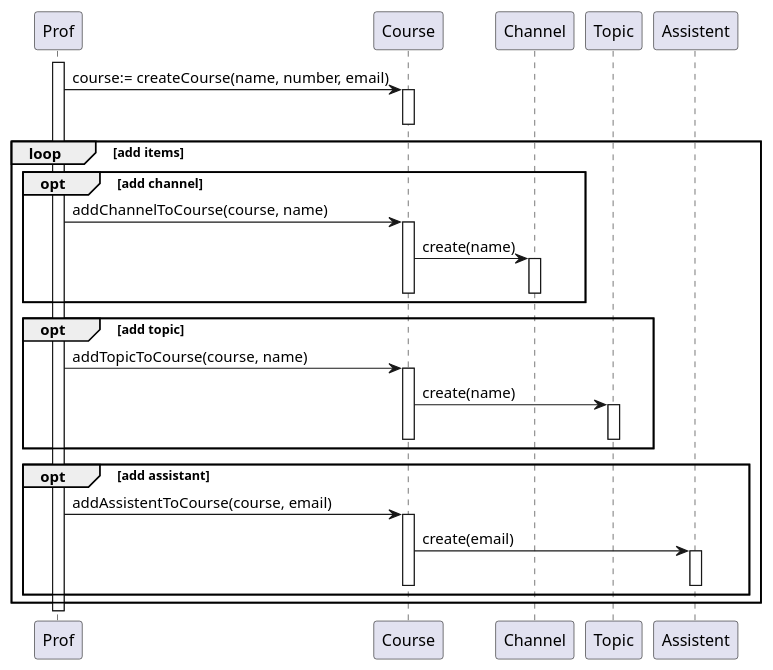
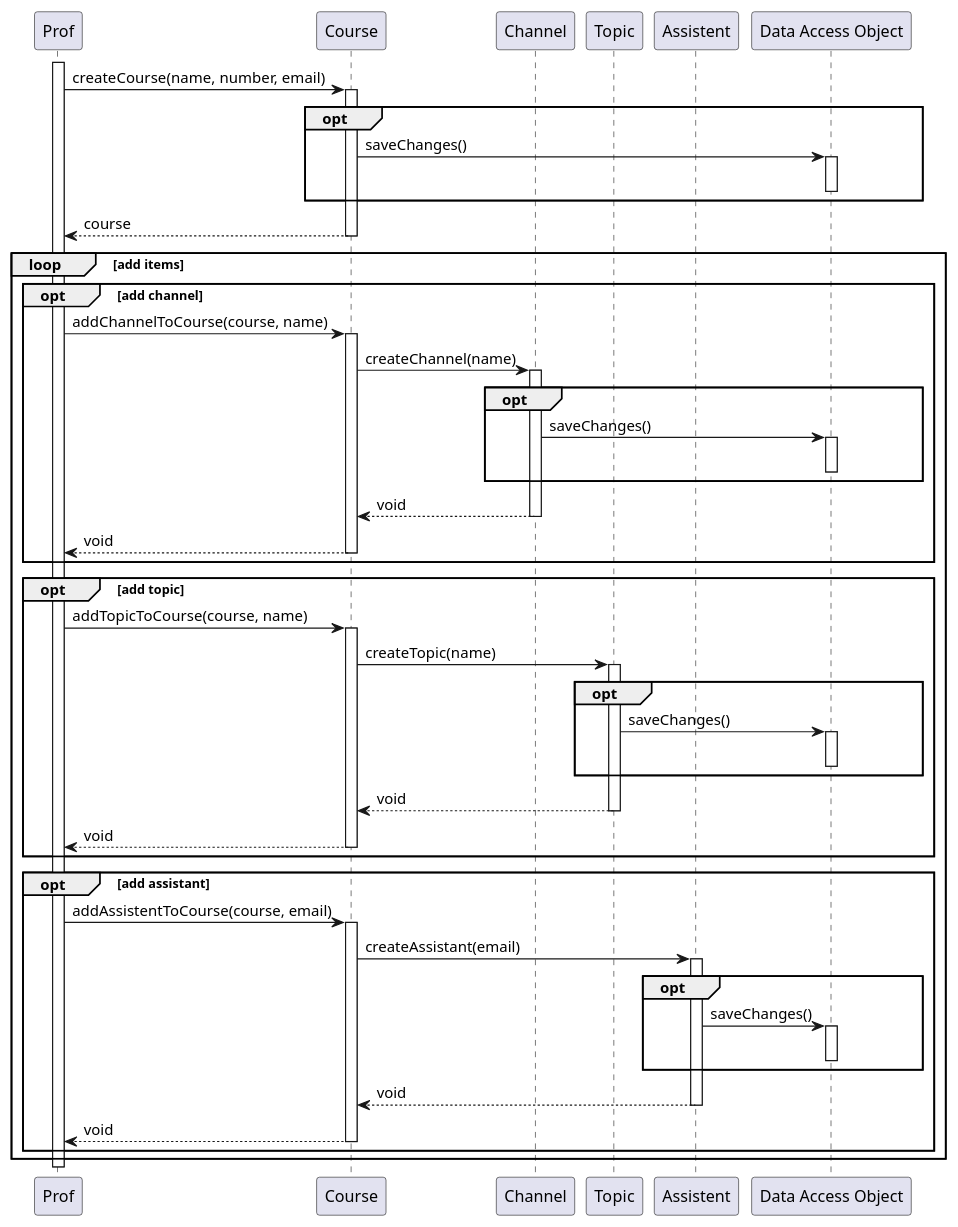
One commit to Singh-Kiran-P/StuNet changed the diagram in Diagrams/Sequence_Diagrams/create_course.puml. Above: the diagram before and after it, drawn with PlantUML.

Commit message:
chore: Add DBO to create_course in /Diagrams

```diff
--- a/Diagrams/Sequence_Diagrams/create_course.puml
+++ b/Diagrams/Sequence_Diagrams/create_course.puml
@@ -3,42 +3,77 @@
 @startuml create course sequention diagram
 participant Prof
+participant Course
+participant Channel
+participant Topic
+participant Assistent
+participant "Data Access Object"
 
 activate Prof
-    Prof -> Course: course:= createCourse(name, number, email)
+    Prof -> Course: createCourse(name, number, email)
     activate Course
+    opt
+        Course -> "Data Access Object": saveChanges()
+        activate "Data Access Object"
+
+        deactivate "Data Access Object"
+    end
+    Course --> Prof: course
     deactivate Course
 
     loop add items
         opt add channel
             'channel op hoogte van pijl normaal gezien
             Prof -> Course: addChannelToCourse(course, name)
             activate Course
-                Course -> Channel: create(name)
+                Course -> Channel: createChannel(name)
                 activate Channel
-                    '
+                    opt
+                        Channel -> "Data Access Object": saveChanges()
+                        activate "Data Access Object"
+
+                        deactivate "Data Access Object"
+                    end
+                    Channel --> Course: void
                 deactivate Channel
+                Course --> Prof: void
             deactivate Course
         end
 
         opt add topic
             ' activate Course
             Prof -> Course: addTopicToCourse(course, name)
             activate Course
-                Course -> Topic: create(name)
+                Course -> Topic: createTopic(name)
                 activate Topic
+                    opt
+                        Topic -> "Data Access Object": saveChanges()
+                        activate "Data Access Object"
+
+                        deactivate "Data Access Object"
+                    end
+                    Topic --> Course: void
                 deactivate Topic
+                Course --> Prof: void
             deactivate Course
         end
 
         opt add assistant
             Prof -> Course: addAssistentToCourse(course, email)
             activate Course
-                Course -> Assistent: create(email)
+                Course -> Assistent: createAssistant(email)
                 activate Assistent
+                    opt
+                        Assistent -> "Data Access Object": saveChanges()
+                        activate "Data Access Object"
+
+                        deactivate "Data Access Object"
+                    end
+                    Assistent --> Course: void
                 deactivate Assistent
+                Course --> Prof: void
             deactivate Course
         end
     end
 deactivate Prof
 
 @enduml
```
